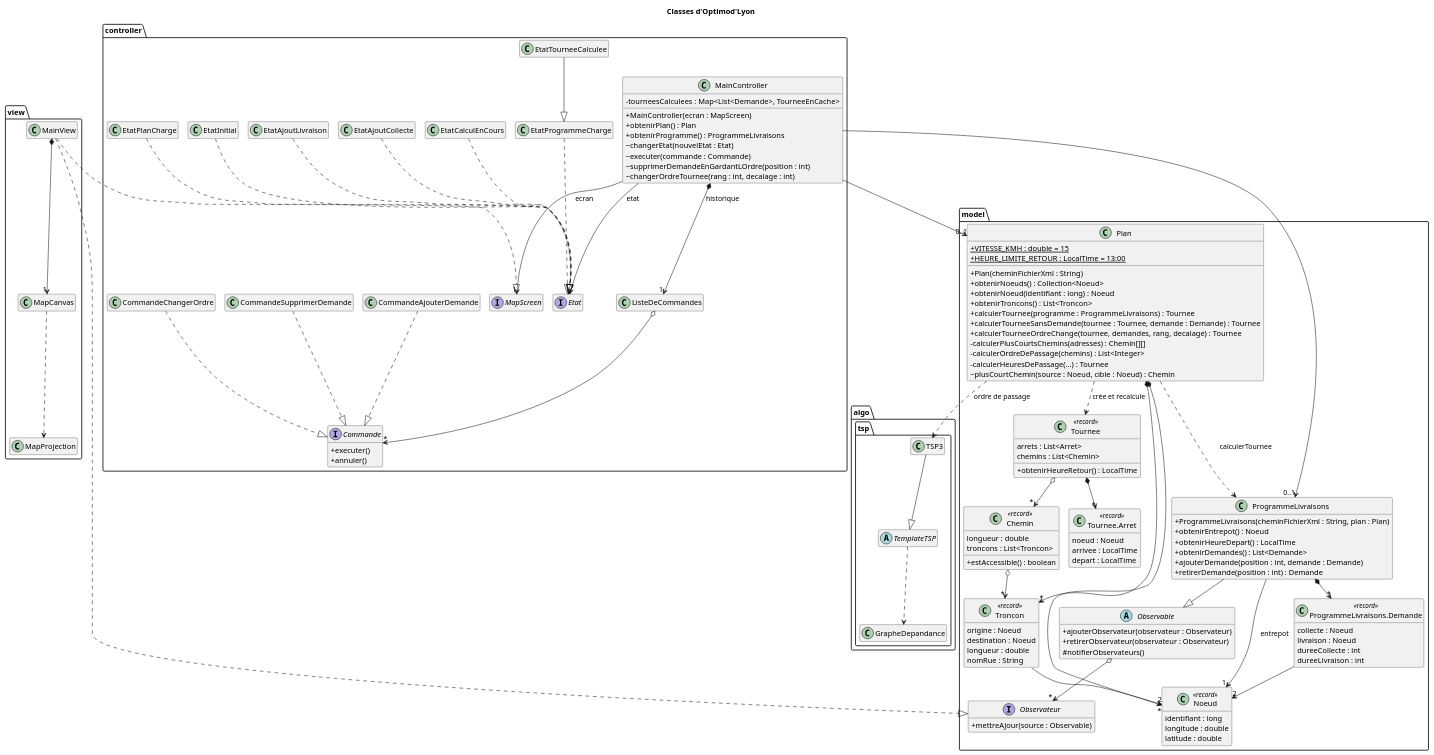
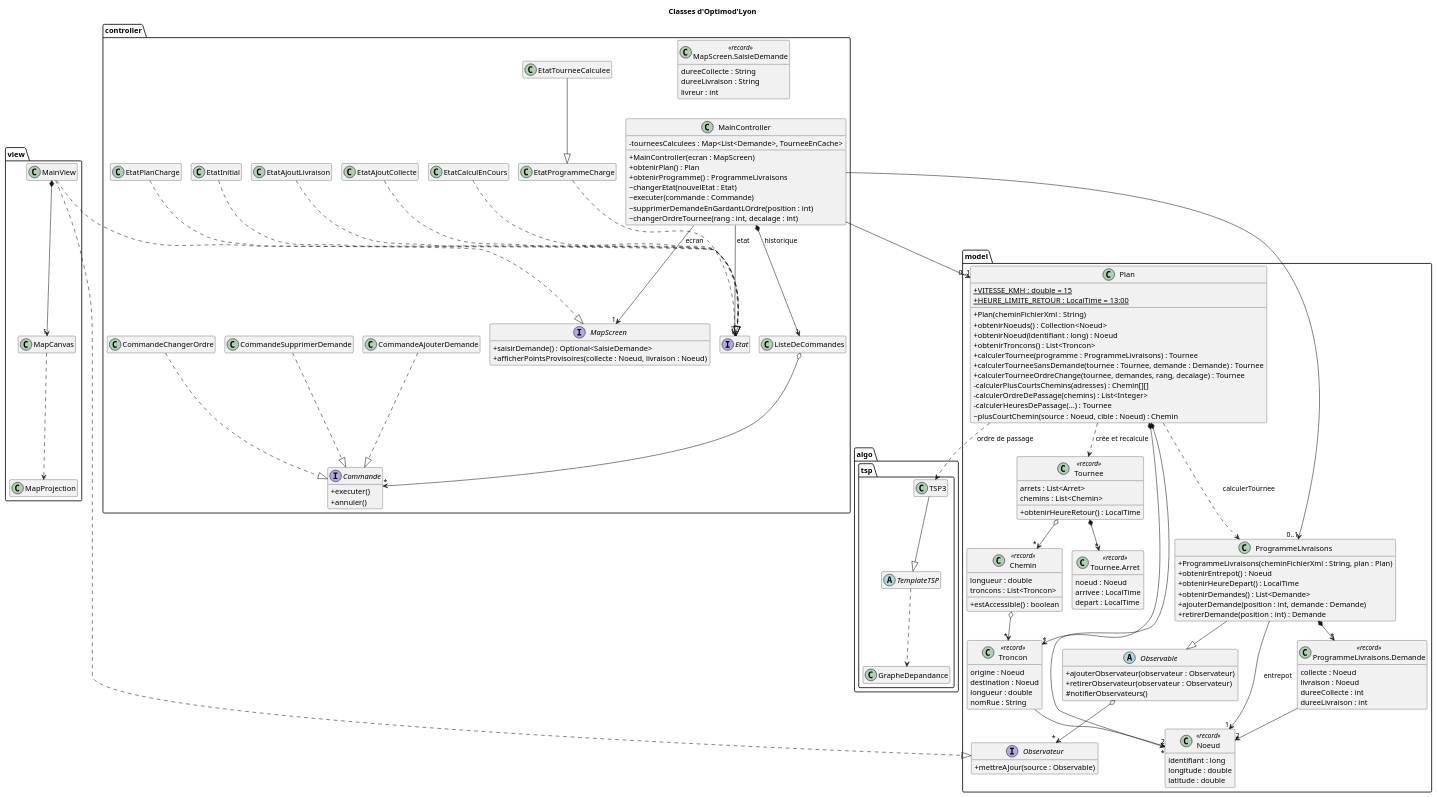
The diagram in docs/diagrams/classes.puml (tristanhp/Optimod-Lyon), drawn with PlantUML before and after one commit. The commit also changed 13 other files, not shown here.

Commit message:
feat: TIG-68 afficher les points dès le clic et saisir les durées

```diff
--- a/docs/diagrams/classes.puml
+++ b/docs/diagrams/classes.puml
@@ -1,153 +1,161 @@
 @startuml classes
 !pragma layout smetana
 title Classes d'Optimod'Lyon
 skinparam classAttributeIconSize 0
 hide empty members
 
 package "model" {
   class Plan {
     +{static} VITESSE_KMH : double = 15
     +{static} HEURE_LIMITE_RETOUR : LocalTime = 13:00
     +Plan(cheminFichierXml : String)
     +obtenirNoeuds() : Collection<Noeud>
     +obtenirNoeud(identifiant : long) : Noeud
     +obtenirTroncons() : List<Troncon>
     +calculerTournee(programme : ProgrammeLivraisons) : Tournee
     +calculerTourneeSansDemande(tournee : Tournee, demande : Demande) : Tournee
     +calculerTourneeOrdreChange(tournee, demandes, rang, decalage) : Tournee
     -calculerPlusCourtsChemins(adresses) : Chemin[][]
     -calculerOrdreDePassage(chemins) : List<Integer>
     -calculerHeuresDePassage(...) : Tournee
     ~plusCourtChemin(source : Noeud, cible : Noeud) : Chemin
   }
   class Noeud <<record>> {
     identifiant : long
     longitude : double
     latitude : double
   }
   class Troncon <<record>> {
     origine : Noeud
     destination : Noeud
     longueur : double
     nomRue : String
   }
   class Chemin <<record>> {
     longueur : double
     troncons : List<Troncon>
     +estAccessible() : boolean
   }
   abstract class Observable {
     +ajouterObservateur(observateur : Observateur)
     +retirerObservateur(observateur : Observateur)
     #notifierObservateurs()
   }
   interface Observateur {
     +mettreAJour(source : Observable)
   }
   class ProgrammeLivraisons {
     +ProgrammeLivraisons(cheminFichierXml : String, plan : Plan)
     +obtenirEntrepot() : Noeud
     +obtenirHeureDepart() : LocalTime
     +obtenirDemandes() : List<Demande>
     +ajouterDemande(position : int, demande : Demande)
     +retirerDemande(position : int) : Demande
   }
   class "ProgrammeLivraisons.Demande" as Demande <<record>> {
     collecte : Noeud
     livraison : Noeud
     dureeCollecte : int
     dureeLivraison : int
   }
   class Tournee <<record>> {
     arrets : List<Arret>
     chemins : List<Chemin>
     +obtenirHeureRetour() : LocalTime
   }
   class "Tournee.Arret" as Arret <<record>> {
     noeud : Noeud
     arrivee : LocalTime
     depart : LocalTime
   }
 }
 
 package "algo.tsp" {
   abstract class TemplateTSP
   class TSP3
   class GrapheDepandance
 }
 
 package "controller" {
   class MainController {
     +MainController(ecran : MapScreen)
     +obtenirPlan() : Plan
     +obtenirProgramme() : ProgrammeLivraisons
     ~changerEtat(nouvelEtat : Etat)
     ~executer(commande : Commande)
     ~supprimerDemandeEnGardantLOrdre(position : int)
     ~changerOrdreTournee(rang : int, decalage : int)
     -tourneesCalculees : Map<List<Demande>, TourneeEnCache>
   }
-  interface MapScreen
+  interface MapScreen {
+    +saisirDemande() : Optional<SaisieDemande>
+    +afficherPointsProvisoires(collecte : Noeud, livraison : Noeud)
+  }
+  class "MapScreen.SaisieDemande" as SaisieDemande <<record>> {
+    dureeCollecte : String
+    dureeLivraison : String
+    livreur : int
+  }
   interface Etat
   class EtatInitial
   class EtatPlanCharge
   class EtatProgrammeCharge
   class EtatTourneeCalculee
   class EtatCalculEnCours
   class EtatAjoutCollecte
   class EtatAjoutLivraison
   interface Commande {
     +executer()
     +annuler()
   }
   class ListeDeCommandes
   class CommandeAjouterDemande
   class CommandeSupprimerDemande
   class CommandeChangerOrdre
 }
 
 package "view" {
   class MainView
   class MapCanvas
   class MapProjection
 }
 
 Plan *--> "*" Noeud
 Plan *--> "*" Troncon
 Troncon --> "2" Noeud
 Chemin o--> "*" Troncon
 Plan ..> ProgrammeLivraisons : calculerTournee
 Plan ..> Tournee : crée et recalcule
 Plan ..> TSP3 : ordre de passage
 TSP3 --|> TemplateTSP
 TemplateTSP ..> GrapheDepandance
 ProgrammeLivraisons --|> Observable
 Observable o--> "*" Observateur
 ProgrammeLivraisons *--> "*" Demande
 ProgrammeLivraisons --> "1" Noeud : entrepot
 Demande --> "2" Noeud
 Tournee *--> "*" Arret
 Tournee o--> "*" Chemin
 
 MainController --> "1" MapScreen : ecran
 MainController --> "1" Etat : etat
 MainController *--> "1" ListeDeCommandes : historique
 MainController --> "0..1" Plan
 MainController --> "0..1" ProgrammeLivraisons
 EtatInitial ..|> Etat
 EtatPlanCharge ..|> Etat
 EtatProgrammeCharge ..|> Etat
 EtatTourneeCalculee --|> EtatProgrammeCharge
 EtatCalculEnCours ..|> Etat
 EtatAjoutCollecte ..|> Etat
 EtatAjoutLivraison ..|> Etat
 ListeDeCommandes o--> "*" Commande
 CommandeAjouterDemande ..|> Commande
 CommandeSupprimerDemande ..|> Commande
 CommandeChangerOrdre ..|> Commande
 
 MainView ..|> MapScreen
 MainView ..|> Observateur
 MainView *--> "1" MapCanvas
 MapCanvas ..> MapProjection
 @enduml
```
